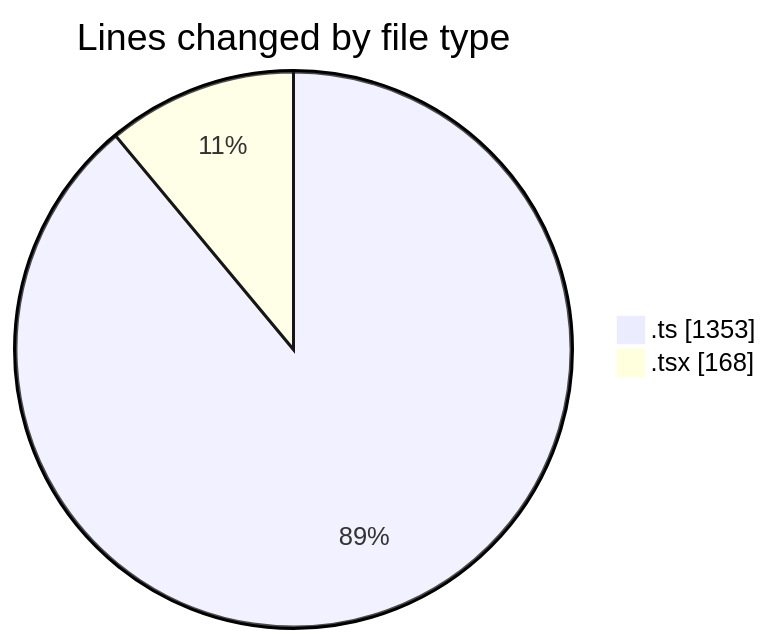
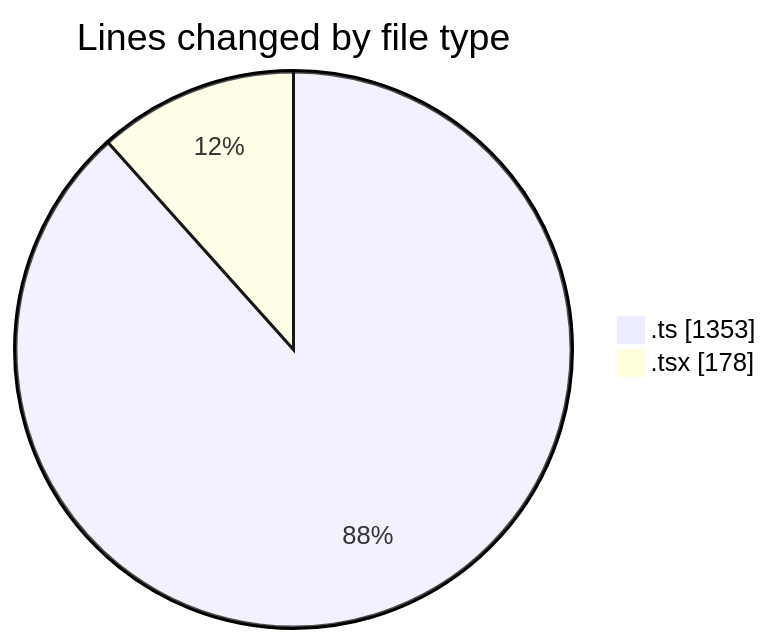
Before and after one commit to nxtqubesakshisongat/code-tracking: the first of 2 diagrams in 2026-03-12/nxtqube_webapp/README.md, drawn with Mermaid. The commit also changed other lines of this file and 1 other file, not shown here.

````diff
--- a/2026-03-12/nxtqube_webapp/README.md
+++ b/2026-03-12/nxtqube_webapp/README.md
@@ -25,6 +25,6 @@
 ```mermaid
 pie showData
 title Lines changed by file type
 ".ts" : 1353
-".tsx" : 168
+".tsx" : 178
 ```
````
